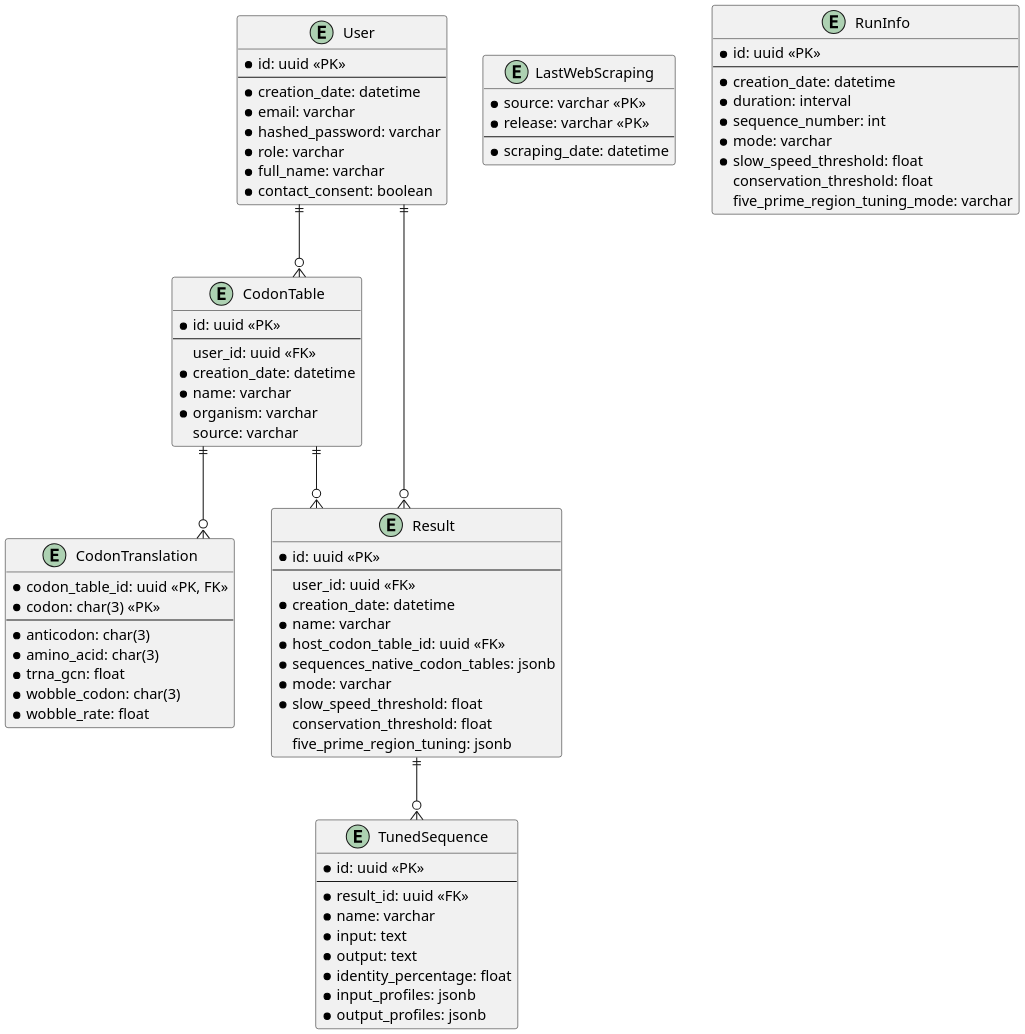
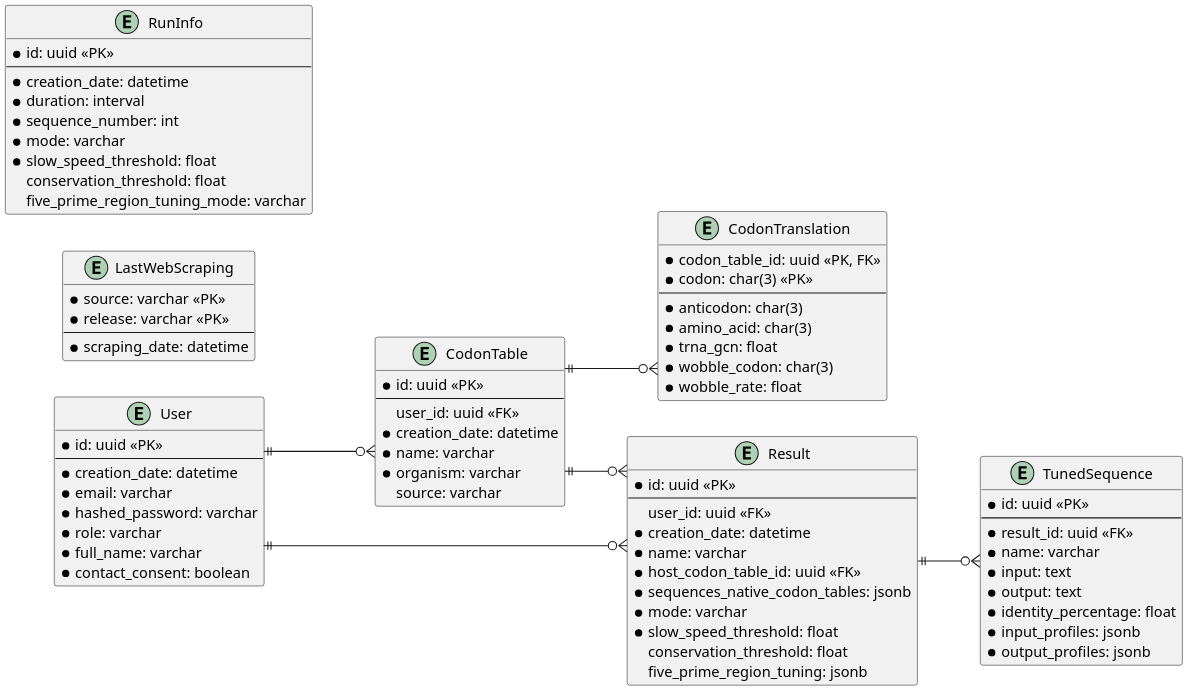
The diagram in docs/db_schema.puml (tbonnabaud/expressinhost_web), drawn with PlantUML before and after one commit. The commit also changed 1 other file, not shown here.

```diff
--- a/docs/db_schema.puml
+++ b/docs/db_schema.puml
@@ -1,90 +1,90 @@
 @startuml db_schema
 skinparam linetype ortho
 skinparam dpi 200
 
-' left to right direction
+left to right direction
 
 entity User {
     * id: uuid <<PK>>
     --
     * creation_date: datetime
     * email: varchar
     * hashed_password: varchar
     * role: varchar
     * full_name: varchar
     * contact_consent: boolean
 }
 
 entity LastWebScraping {
     * source: varchar <<PK>>
     * release: varchar <<PK>>
     --
     * scraping_date: datetime
 }
 
 entity CodonTable {
     * id: uuid <<PK>>
     --
     user_id: uuid <<FK>>
     * creation_date: datetime
     * name: varchar
     * organism: varchar
     source: varchar
 }
 
 entity CodonTranslation {
     * codon_table_id: uuid <<PK, FK>>
     * codon: char(3) <<PK>>
     --
     * anticodon: char(3)
     * amino_acid: char(3)
     * trna_gcn: float
     * wobble_codon: char(3)
     * wobble_rate: float
 }
 
 entity Result {
     * id: uuid <<PK>>
     --
     user_id: uuid <<FK>>
     * creation_date: datetime
     * name: varchar
     * host_codon_table_id: uuid <<FK>>
     * sequences_native_codon_tables: jsonb
     * mode: varchar
     * slow_speed_threshold: float
     conservation_threshold: float
     five_prime_region_tuning: jsonb
 }
 
 entity TunedSequence {
     * id: uuid <<PK>>
     --
     * result_id: uuid <<FK>>
     * name: varchar
     * input: text
     * output: text
     * identity_percentage: float
     * input_profiles: jsonb
     * output_profiles: jsonb
 }
 
 entity RunInfo {
     * id: uuid <<PK>>
     --
     * creation_date: datetime
     * duration: interval
     * sequence_number: int
     * mode: varchar
     * slow_speed_threshold: float
     conservation_threshold: float
     five_prime_region_tuning_mode: varchar
 }
 
 User ||--o{ CodonTable
 CodonTable ||--o{ CodonTranslation
 User ||--o{ Result
 CodonTable ||--o{ Result
 Result ||--o{ TunedSequence
 
 @enduml
```
